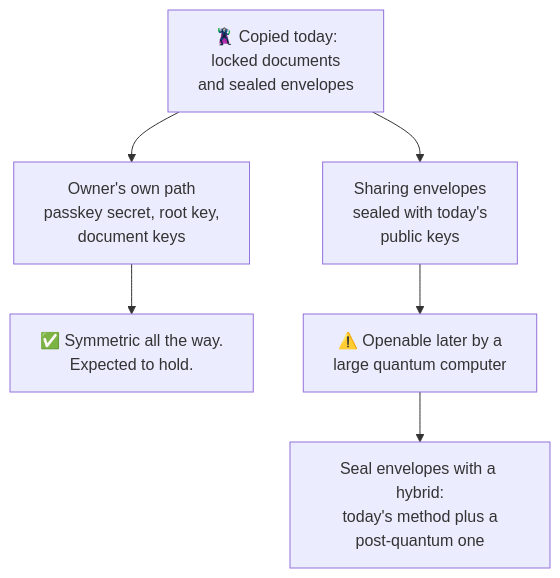
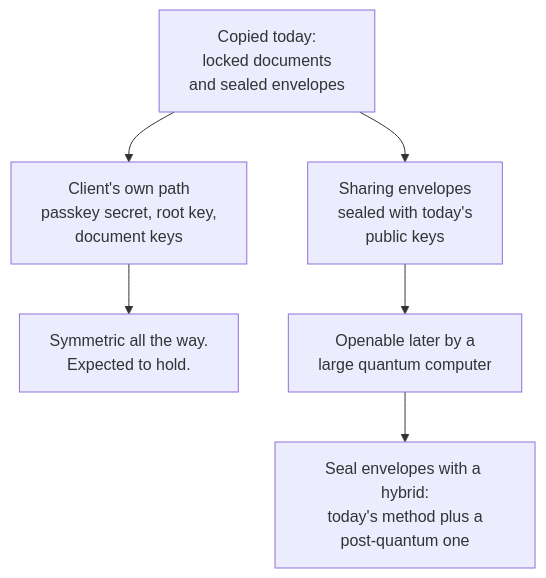
Diagram 15 of 16 in src/content/blog/2026-11-12--sharing-encrypted-documents-without-trusting-your-server.md (kigster/kigre-astro), drawn with Mermaid before and after one commit. The commit also changed other lines of this file and 4 other files, not shown here.

````diff
--- a/src/content/blog/2026-11-12--sharing-encrypted-documents-without-trusting-your-server.md
+++ b/src/content/blog/2026-11-12--sharing-encrypted-documents-without-trusting-your-server.md
@@ -513,11 +580,11 @@
 ```mermaid
 flowchart TD
-    STOLEN["🦹 Copied today:<br/>locked documents<br/>and sealed envelopes"]
-    OWN["Owner's own path<br/>passkey secret, root key,<br/>document keys"]
+    STOLEN["Copied today:<br/>locked documents<br/>and sealed envelopes"]
+    OWN["Client's own path<br/>passkey secret, root key,<br/>document keys"]
     SHARE["Sharing envelopes<br/>sealed with today's<br/>public keys"]
-    SAFE["✅ Symmetric all the way.<br/>Expected to hold."]
-    RISK["⚠️ Openable later by a<br/>large quantum computer"]
+    SAFE["Symmetric all the way.<br/>Expected to hold."]
+    RISK["Openable later by a<br/>large quantum computer"]
     FIX["Seal envelopes with a hybrid:<br/>today's method plus a<br/>post-quantum one"]
     STOLEN --> OWN --> SAFE
     STOLEN --> SHARE --> RISK --> FIX
 ```
````
